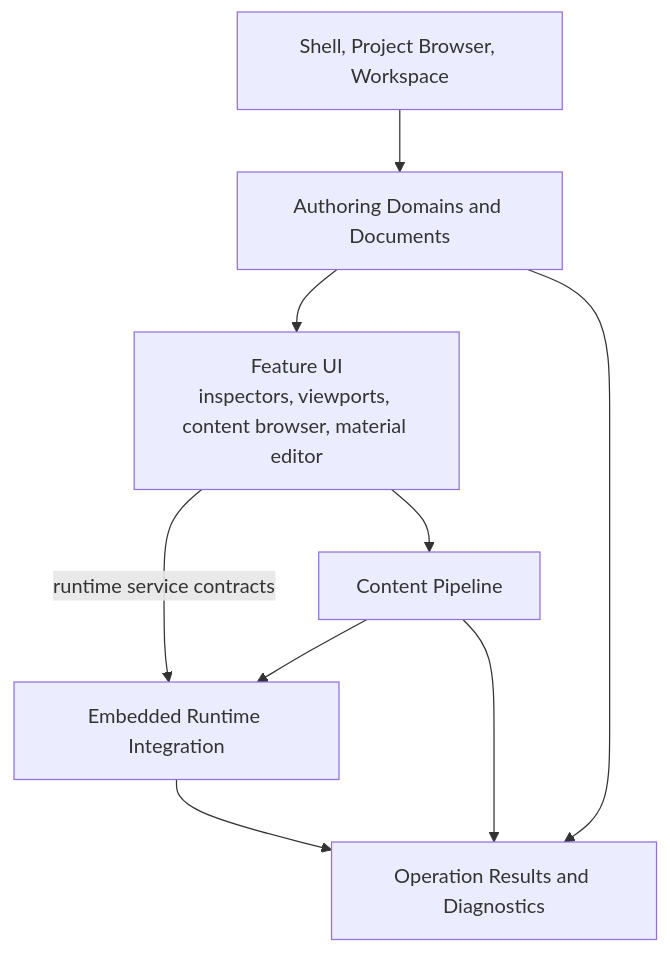
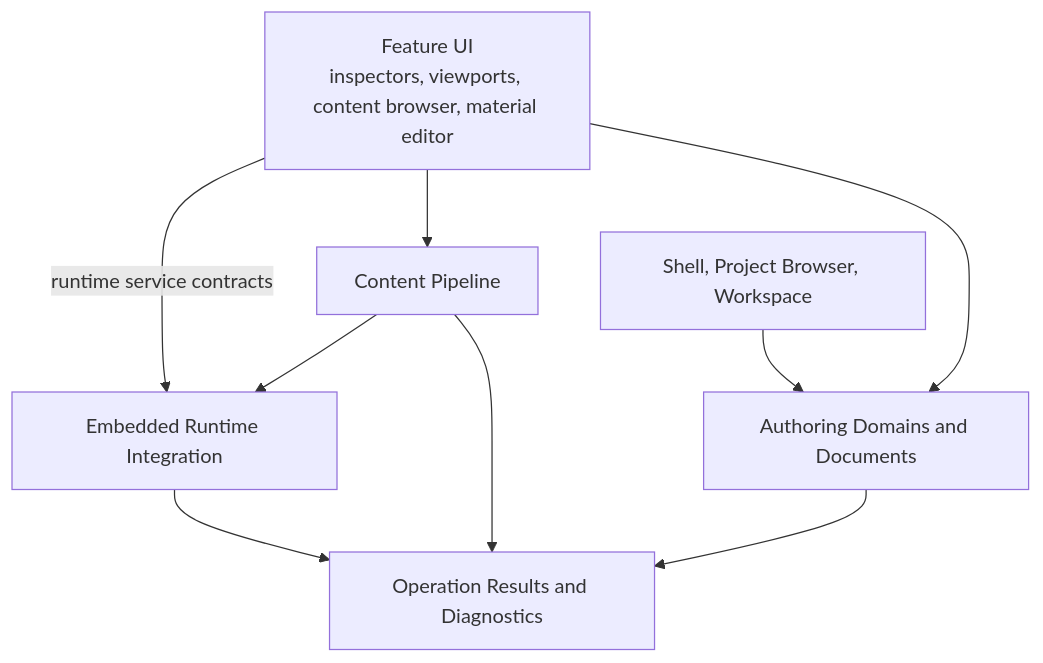
One commit to abdes/DroidNet changed the diagram in design/editor/DESIGN.md. Above: the diagram before and after it, drawn with Mermaid. The commit also changed other lines of this file and 32 other files, not shown here.

````diff
--- a/design/editor/DESIGN.md
+++ b/design/editor/DESIGN.md
@@ -41,18 +41,18 @@
 ```mermaid
 flowchart TB
     Shell[Shell, Project Browser, Workspace]
     Authoring[Authoring Domains and Documents]
     FeatureUI[Feature UI<br/>inspectors, viewports, content browser, material editor]
     Pipeline[Content Pipeline]
     Runtime[Embedded Runtime Integration]
     Diagnostics[Operation Results and Diagnostics]
 
     Shell --> Authoring
-    Authoring --> FeatureUI
+    FeatureUI --> Authoring
     FeatureUI --> Pipeline
     FeatureUI -- runtime service contracts --> Runtime
     Pipeline --> Runtime
     Runtime --> Diagnostics
     Pipeline --> Diagnostics
     Authoring --> Diagnostics
 ```
````
